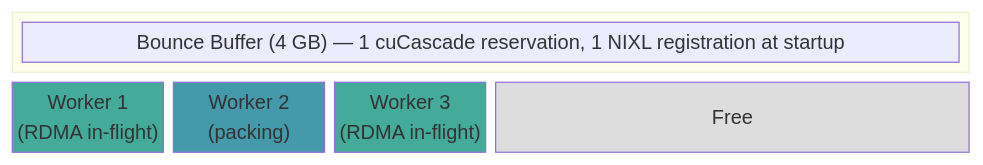
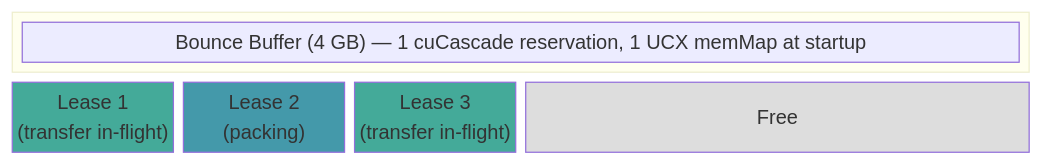
Before and after one commit to sirius-db/sirius: the fourth of 7 diagrams in docs/super-sirius/exchange-integration.md, drawn with Mermaid. The commit also changed other lines of this file, not shown here.

First line of the commit message:
docs: clarify exchange design with sender/receiver flows

````diff
--- a/docs/super-sirius/exchange-integration.md
+++ b/docs/super-sirius/exchange-integration.md
@@ -454,17 +471,17 @@
 ```mermaid
 block-beta
     columns 6
     block:header:6
         columns 1
-        h["Bounce Buffer (4 GB) — 1 cuCascade reservation, 1 NIXL registration at startup"]
+        h["Bounce Buffer (4 GB) — 1 cuCascade reservation, 1 UCX memMap at startup"]
     end
-    w1["Worker 1\n(RDMA in-flight)"]:1
-    w2["Worker 2\n(packing)"]:1
-    w3["Worker 3\n(RDMA in-flight)"]:1
+    w1["Lease 1\n(transfer in-flight)"]:1
+    w2["Lease 2\n(packing)"]:1
+    w3["Lease 3\n(transfer in-flight)"]:1
     free["Free"]:3
 
     style w1 fill:#4a9,color:#fff
     style w2 fill:#49a,color:#fff
     style w3 fill:#4a9,color:#fff
     style free fill:#ddd,color:#333
 ```
````
